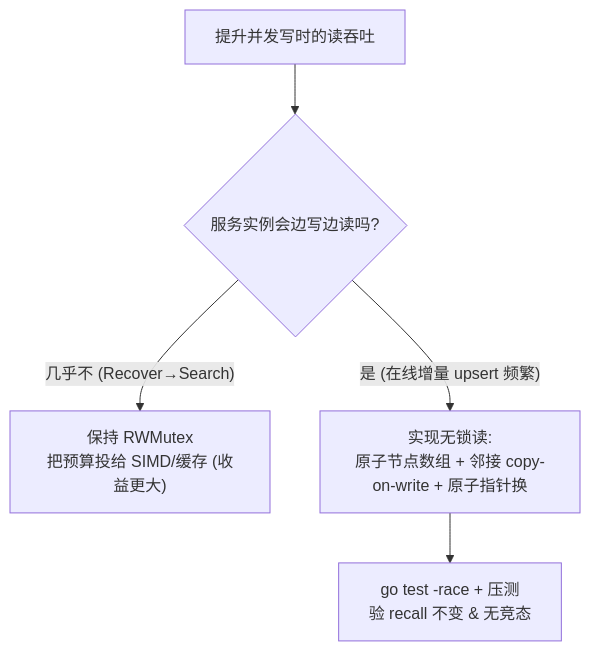
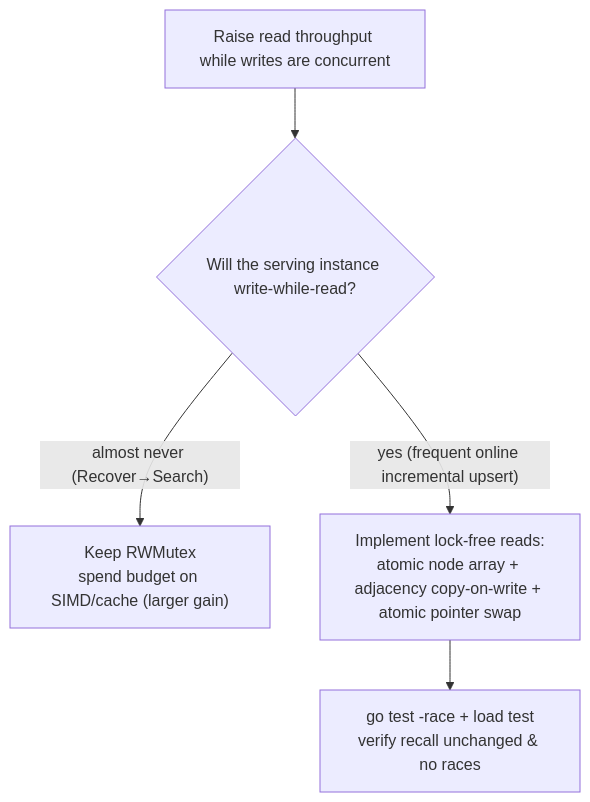
Before and after one commit to AndyUneducated/repo-sage: the fourth of 4 diagrams in docs/plans/phase-9-latency.md, drawn with Mermaid. The commit also changed other lines of this file and 14 other files, not shown here.

````diff
--- a/docs/plans/phase-9-latency.md
+++ b/docs/plans/phase-9-latency.md
@@ -131,7 +131,7 @@
 ```mermaid
 flowchart TD
-  goal["提升并发写时的读吞吐"] --> need{"服务实例会边写边读吗?"}
-  need -- 几乎不 (Recover→Search) --> keep["保持 RWMutex<br/>把预算投给 SIMD/缓存 (收益更大)"]
-  need -- 是 (在线增量 upsert 频繁) --> shard["实现无锁读:<br/>原子节点数组 + 邻接 copy-on-write + 原子指针换"]
-  shard --> race["go test -race + 压测<br/>验 recall 不变 & 无竞态"]
+  goal["Raise read throughput while writes are concurrent"] --> need{"Will the serving instance write-while-read?"}
+  need -- almost never (Recover→Search) --> keep["Keep RWMutex<br/>spend budget on SIMD/cache (larger gain)"]
+  need -- yes (frequent online incremental upsert) --> shard["Implement lock-free reads:<br/>atomic node array + adjacency copy-on-write + atomic pointer swap"]
+  shard --> race["go test -race + load test<br/>verify recall unchanged & no races"]
 ```
````
